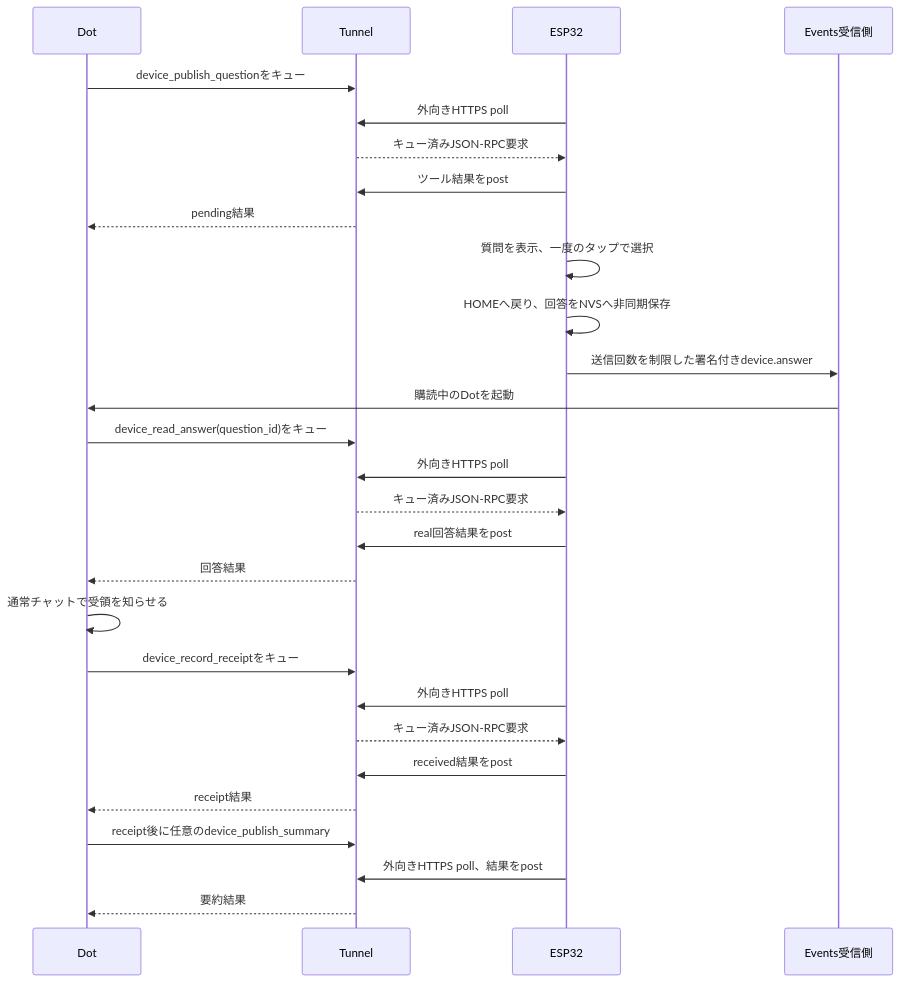
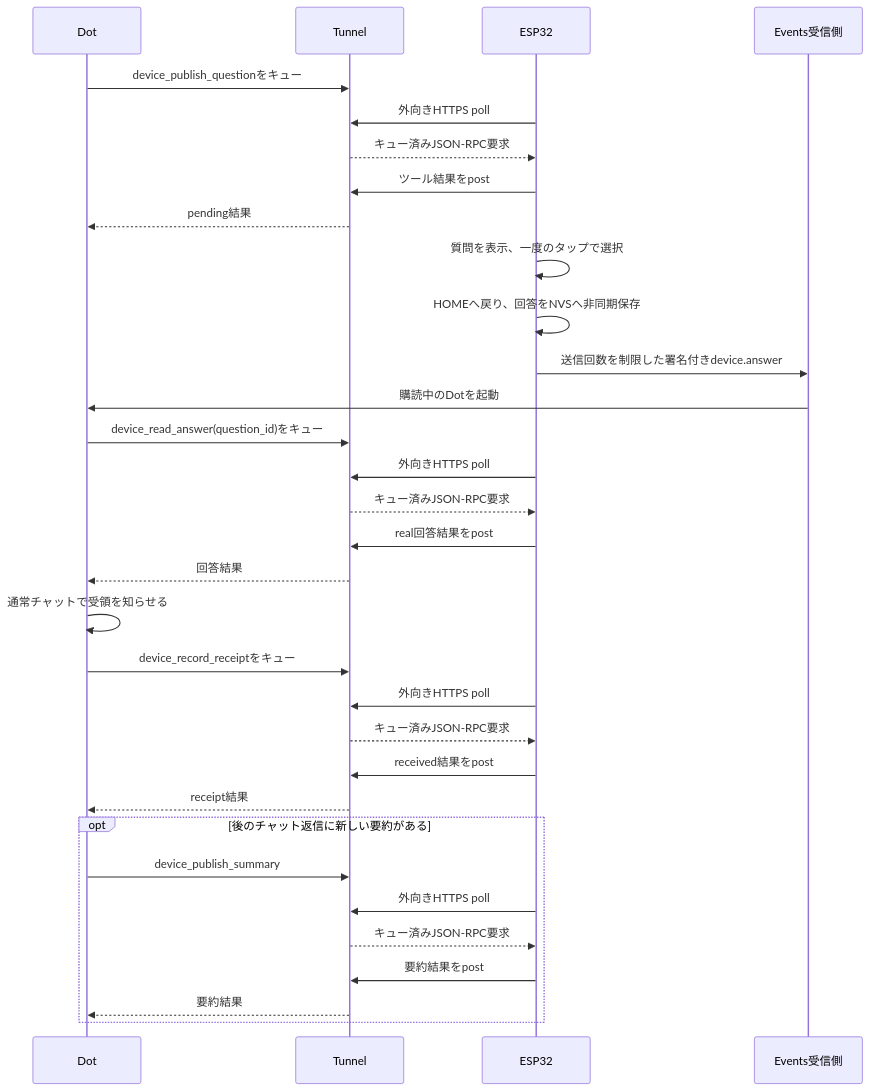
One commit to usedhonda/dots-device changed the second of 2 diagrams in docs/communication-spec.ja.md. Above: the diagram before and after it, drawn with Mermaid. The commit also changed other lines of this file and 2 other files, not shown here.

Commit message:
docs: organize device setup and bilingual protocol guides

````diff
--- a/docs/communication-spec.ja.md
+++ b/docs/communication-spec.ja.md
@@ -40,30 +40,34 @@
 ```mermaid
 sequenceDiagram
   participant Dot
   participant Tunnel
   participant ESP as ESP32
   participant Events as Events受信側
   Dot->>Tunnel: device_publish_questionをキュー
   ESP->>Tunnel: 外向きHTTPS poll
   Tunnel-->>ESP: キュー済みJSON-RPC要求
   ESP->>Tunnel: ツール結果をpost
   Tunnel-->>Dot: pending結果
   ESP->>ESP: 質問を表示、一度のタップで選択
   ESP->>ESP: HOMEへ戻り、回答をNVSへ非同期保存
   ESP->>Events: 送信回数を制限した署名付きdevice.answer
   Events->>Dot: 購読中のDotを起動
   Dot->>Tunnel: device_read_answer(question_id)をキュー
   ESP->>Tunnel: 外向きHTTPS poll
   Tunnel-->>ESP: キュー済みJSON-RPC要求
   ESP->>Tunnel: real回答結果をpost
   Tunnel-->>Dot: 回答結果
   Dot->>Dot: 通常チャットで受領を知らせる
   Dot->>Tunnel: device_record_receiptをキュー
   ESP->>Tunnel: 外向きHTTPS poll
   Tunnel-->>ESP: キュー済みJSON-RPC要求
   ESP->>Tunnel: received結果をpost
   Tunnel-->>Dot: receipt結果
-  Dot->>Tunnel: receipt後に任意のdevice_publish_summary
-  ESP->>Tunnel: 外向きHTTPS poll、結果をpost
-  Tunnel-->>Dot: 要約結果
+  opt 後のチャット返信に新しい要約がある
+    Dot->>Tunnel: device_publish_summary
+    ESP->>Tunnel: 外向きHTTPS poll
+    Tunnel-->>ESP: キュー済みJSON-RPC要求
+    ESP->>Tunnel: 要約結果をpost
+    Tunnel-->>Dot: 要約結果
+  end
 ```
````
